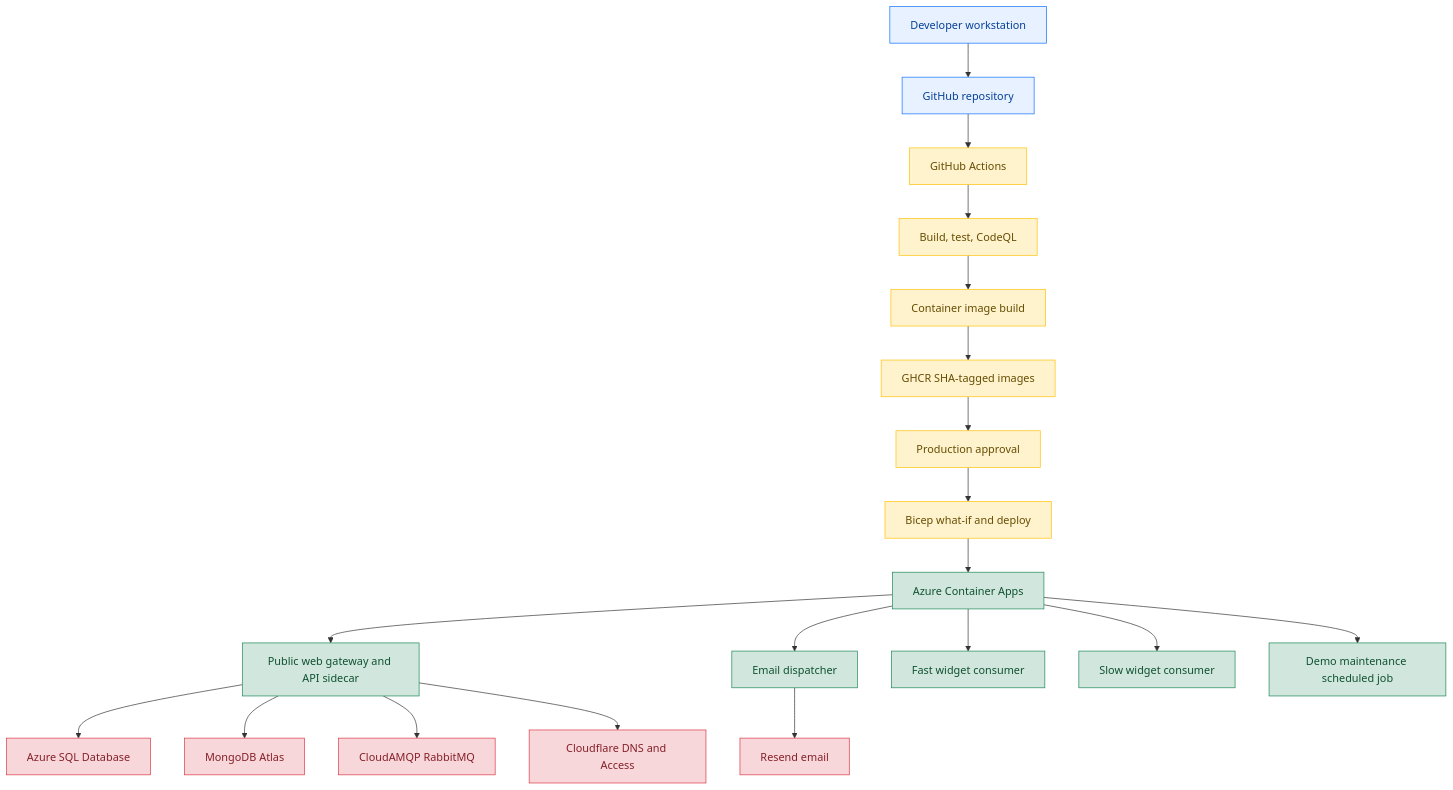
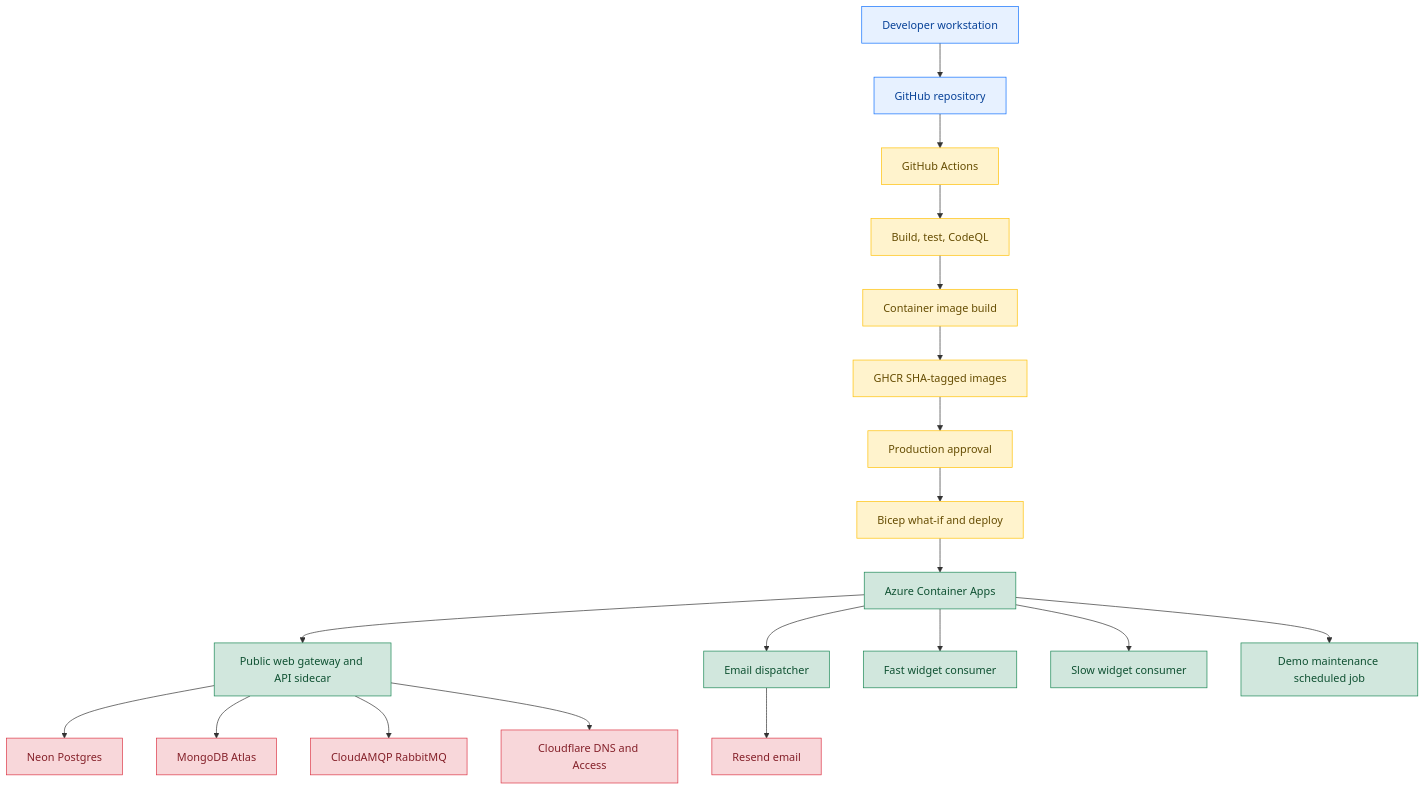
Before and after one commit to JohnClydeMastersA2/cm-platform: the diagram in docs/cicd-architecture.mmd, drawn with Mermaid. The commit also changed 82 other files, not shown here.

```diff
--- a/docs/cicd-architecture.mmd
+++ b/docs/cicd-architecture.mmd
@@ -1,32 +1,32 @@
 flowchart TD
   dev[Developer workstation] --> repo[GitHub repository]
   repo --> actions[GitHub Actions]
 
   actions --> verify[Build, test, CodeQL]
   verify --> images[Container image build]
   images --> ghcr[GHCR SHA-tagged images]
   ghcr --> approval[Production approval]
   approval --> bicep[Bicep what-if and deploy]
   bicep --> azure[Azure Container Apps]
 
   azure --> web[Public web gateway and API sidecar]
   azure --> email[Email dispatcher]
   azure --> fast[Fast widget consumer]
   azure --> slow[Slow widget consumer]
   azure --> maintenance[Demo maintenance scheduled job]
 
-  web --> sql[Azure SQL Database]
+  web --> sql[Neon Postgres]
   web --> mongo[MongoDB Atlas]
   web --> rabbit[CloudAMQP RabbitMQ]
   email --> resend[Resend email]
   web --> cloudflare[Cloudflare DNS and Access]
 
   classDef source fill:#e7f1ff,stroke:#0d6efd,color:#084298;
   classDef build fill:#fff3cd,stroke:#ffc107,color:#664d03;
   classDef runtime fill:#d1e7dd,stroke:#198754,color:#0f5132;
   classDef managed fill:#f8d7da,stroke:#dc3545,color:#842029;
 
   class dev,repo source;
   class actions,verify,images,ghcr,approval,bicep build;
   class azure,web,email,fast,slow,maintenance runtime;
   class sql,mongo,rabbit,resend,cloudflare managed;
```
